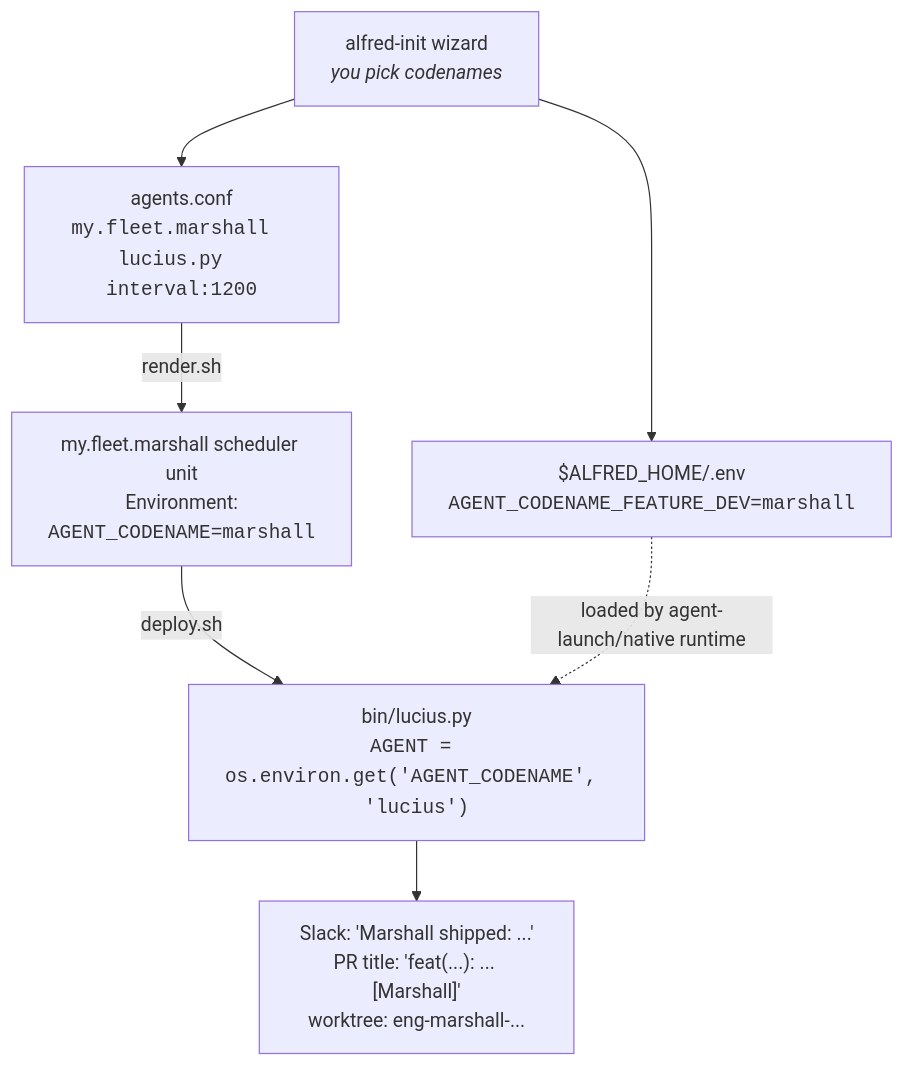
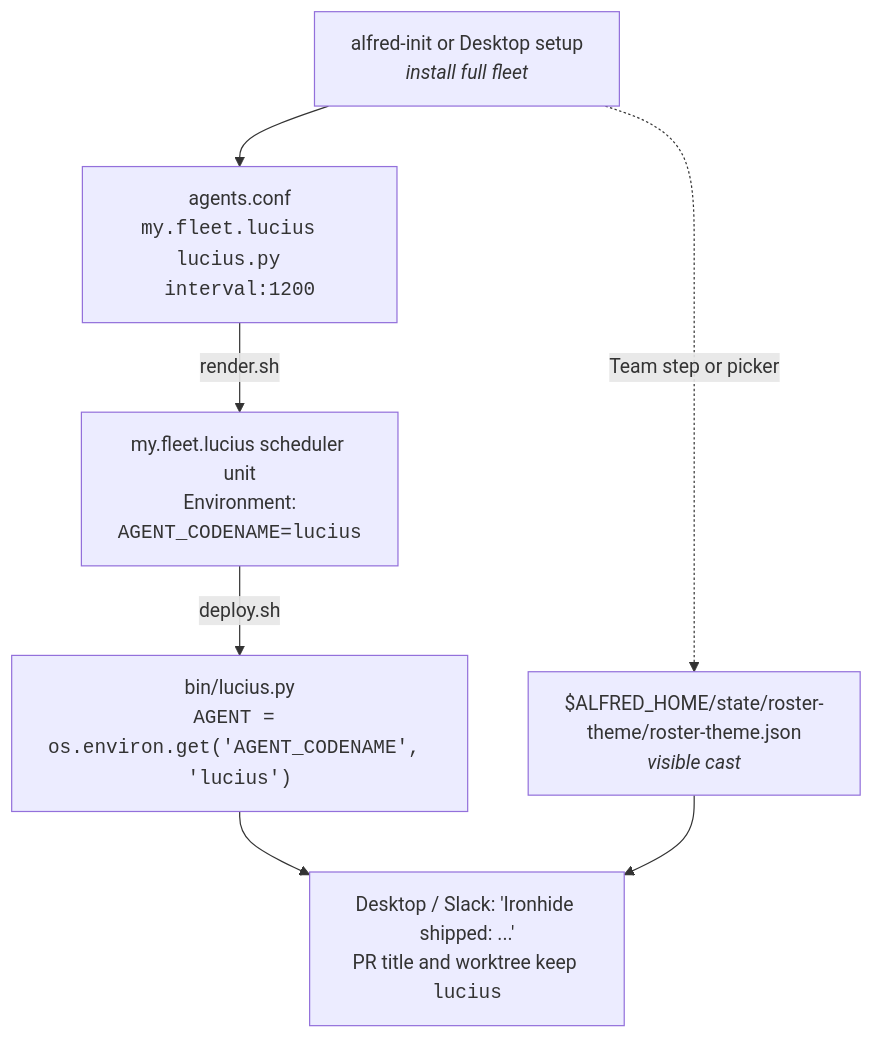
The diagram in site/src/content/docs/concepts/codename-pattern.md (luminik-io/alfred-os), drawn with Mermaid before and after one commit. The commit also changed other lines of this file and 11 other files, not shown here.

First line of the commit message:
Support live agents in custom roster (#360)

````diff
--- a/site/src/content/docs/concepts/codename-pattern.md
+++ b/site/src/content/docs/concepts/codename-pattern.md
@@ -90,16 +90,16 @@
 ```mermaid
 flowchart TB
-    init["alfred-init wizard<br/><i>you pick codenames</i>"]
-    rc["$ALFRED_HOME/.env<br/><code>AGENT_CODENAME_FEATURE_DEV=marshall</code>"]
-    conf["agents.conf<br/><code>my.fleet.marshall  lucius.py  interval:1200</code>"]
-    unit["my.fleet.marshall scheduler unit<br/>Environment:<br/><code>AGENT_CODENAME=marshall</code>"]
+    init["alfred-init or Desktop setup<br/><i>install full fleet</i>"]
+    conf["agents.conf<br/><code>my.fleet.lucius  lucius.py  interval:1200</code>"]
+    unit["my.fleet.lucius scheduler unit<br/>Environment:<br/><code>AGENT_CODENAME=lucius</code>"]
     runner["bin/lucius.py<br/><code>AGENT = os.environ.get('AGENT_CODENAME', 'lucius')</code>"]
-    output["Slack: 'Marshall shipped: ...'<br/>PR title: 'feat(...): ... [Marshall]'<br/>worktree: eng-marshall-..."]
+    theme["$ALFRED_HOME/state/roster-theme/roster-theme.json<br/><i>visible cast</i>"]
+    output["Desktop / Slack: 'Ironhide shipped: ...'<br/>PR title and worktree keep <code>lucius</code>"]
 
-    init --> rc
     init --> conf
     conf -- "render.sh" --> unit
     unit -- "deploy.sh" --> runner
-    rc -. "loaded by agent-launch/native runtime" .-> runner
+    init -. "Team step or picker" .-> theme
     runner --> output
+    theme --> output
 ```
````
